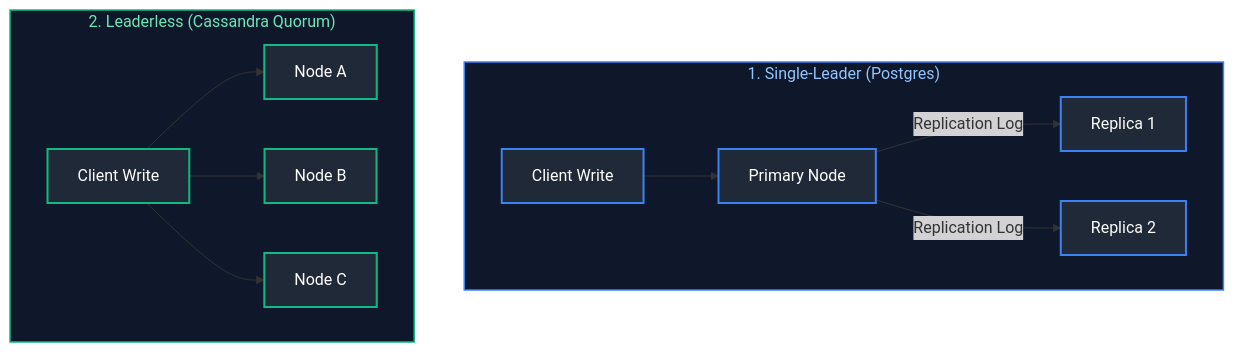
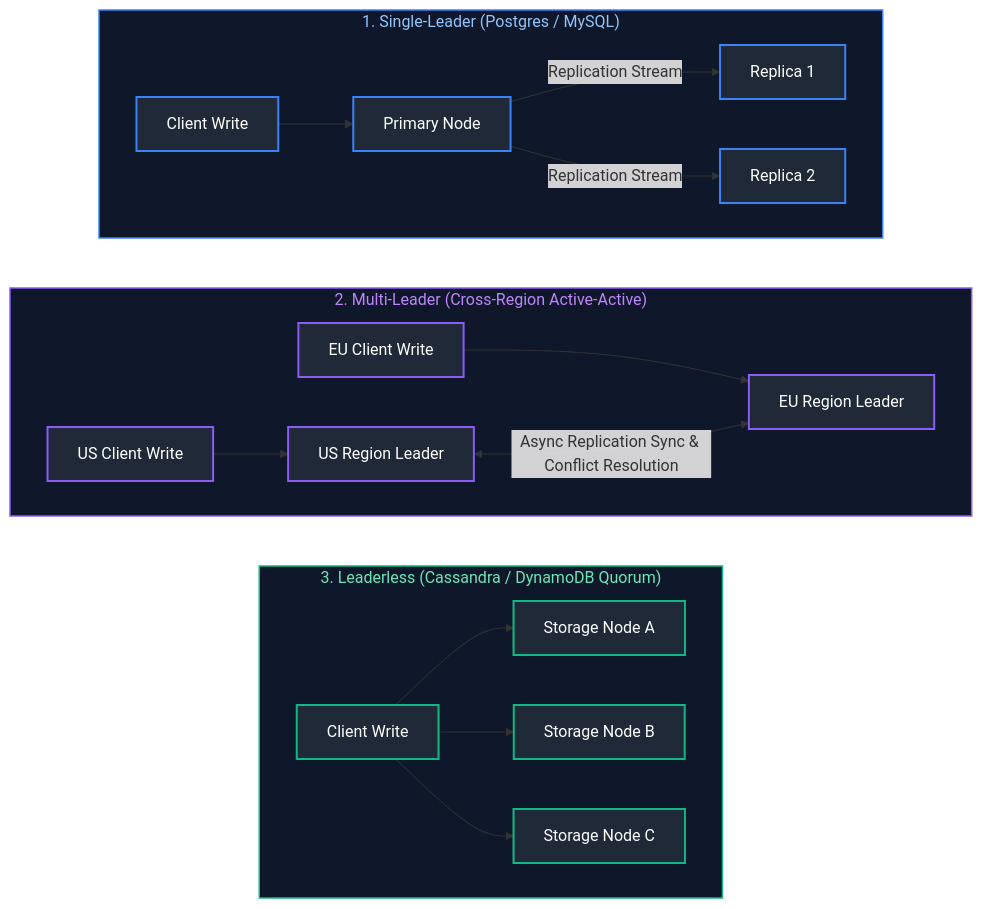
The tenth of 19 diagrams in Data Engineering/05_distributed_systems_and_apis.md (joydeep-biswas/Interview-Preparation), drawn with Mermaid before and after one commit. The commit also changed other lines of this file and 143 other files, not shown here.

````diff
--- a/Data Engineering/05_distributed_systems_and_apis.md
+++ b/Data Engineering/05_distributed_systems_and_apis.md
@@ -642,26 +670,40 @@
 ```mermaid
-flowchart TD
-    subgraph SingleLeader ["1. Single-Leader (Postgres)"]
-        W1[Client Write] --> Leader1[Primary Node]
-        Leader1 -->|Replication Log| Rep1[Replica 1]
-        Leader1 -->|Replication Log| Rep2[Replica 2]
+flowchart LR
+    subgraph Leaderless ["3. Leaderless (Cassandra / DynamoDB Quorum)"]
+        direction LR
+        W3[Client Write] --> N_A[Storage Node A]
+        W3 --> N_B[Storage Node B]
+        W3 --> N_C[Storage Node C]
     end
 
-    subgraph Leaderless ["2. Leaderless (Cassandra Quorum)"]
-        W2[Client Write] --> N_A[Node A]
-        W2 --> N_B[Node B]
-        W2 --> N_C[Node C]
+    subgraph MultiLeader ["2. Multi-Leader (Cross-Region Active-Active)"]
+        direction LR
+        W2A[US Client Write] --> L_US[US Region Leader]
+        W2B[EU Client Write] --> L_EU[EU Region Leader]
+        L_US <-->|Async Replication Sync & Conflict Resolution| L_EU
+    end
+    
+    subgraph SingleLeader ["1. Single-Leader (Postgres / MySQL)"]
+        direction LR
+        W1[Client Write] --> Leader1[Primary Node]
+        Leader1 -->|Replication Stream| Rep1[Replica 1]
+        Leader1 -->|Replication Stream| Rep2[Replica 2]
     end
 
     style SingleLeader fill:#0f172a,stroke:#3b82f6,stroke-width:1.5px,color:#93c5fd
+    style MultiLeader fill:#0f172a,stroke:#8b5cf6,stroke-width:1.5px,color:#c084fc
     style Leaderless fill:#0f172a,stroke:#10b981,stroke-width:1.5px,color:#6ee7b7
 
     style W1 fill:#1f2937,stroke:#3b82f6,stroke-width:2px,color:#fff
     style Leader1 fill:#1f2937,stroke:#3b82f6,stroke-width:2px,color:#fff
     style Rep1 fill:#1f2937,stroke:#3b82f6,stroke-width:2px,color:#fff
     style Rep2 fill:#1f2937,stroke:#3b82f6,stroke-width:2px,color:#fff
-    style W2 fill:#1f2937,stroke:#10b981,stroke-width:2px,color:#fff
+    style W2A fill:#1f2937,stroke:#8b5cf6,stroke-width:2px,color:#fff
+    style W2B fill:#1f2937,stroke:#8b5cf6,stroke-width:2px,color:#fff
+    style L_US fill:#1f2937,stroke:#8b5cf6,stroke-width:2px,color:#fff
+    style L_EU fill:#1f2937,stroke:#8b5cf6,stroke-width:2px,color:#fff
+    style W3 fill:#1f2937,stroke:#10b981,stroke-width:2px,color:#fff
     style N_A fill:#1f2937,stroke:#10b981,stroke-width:2px,color:#fff
     style N_B fill:#1f2937,stroke:#10b981,stroke-width:2px,color:#fff
     style N_C fill:#1f2937,stroke:#10b981,stroke-width:2px,color:#fff
 ```
````
